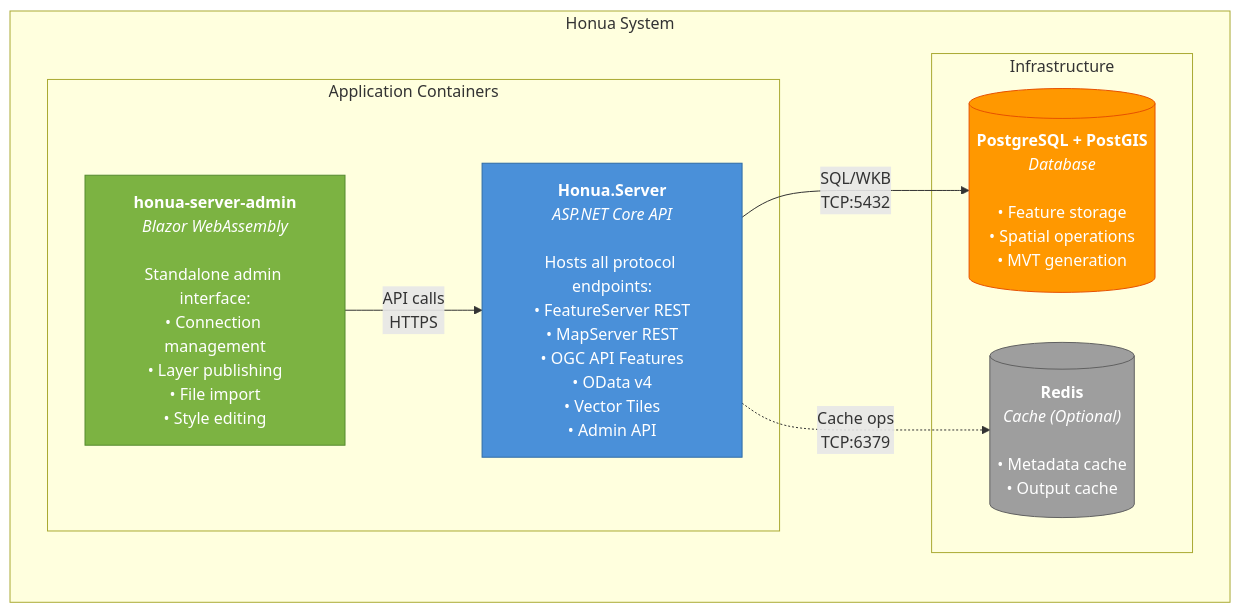
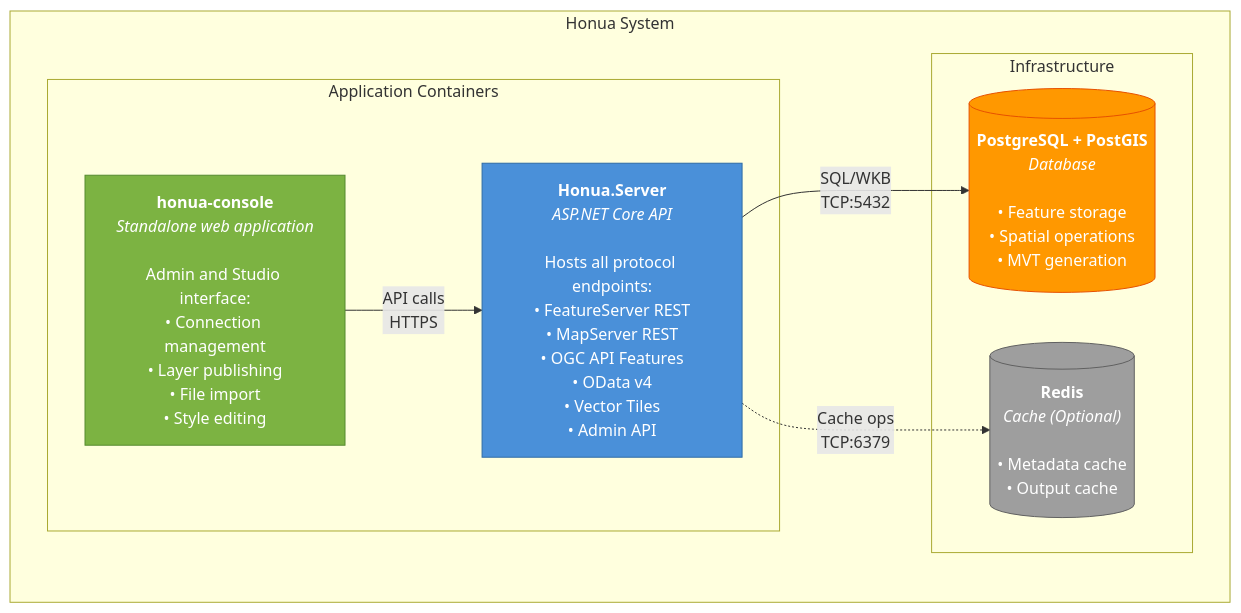
One commit to honua-io/honua-server changed the third of 12 diagrams in docs/internal/contributor/ARCHITECTURE_DIAGRAMS.md. Above: the diagram before and after it, drawn with Mermaid. The commit also changed other lines of this file and 59 other files, not shown here.

````diff
--- a/docs/internal/contributor/ARCHITECTURE_DIAGRAMS.md
+++ b/docs/internal/contributor/ARCHITECTURE_DIAGRAMS.md
@@ -81,25 +81,25 @@
 ```mermaid
 graph TB
     subgraph "Honua System"
         subgraph "Application Containers"
             Server["<b>Honua.Server</b><br/><i>ASP.NET Core API</i><br/><br/>Hosts all protocol endpoints:<br/>• FeatureServer REST<br/>• MapServer REST<br/>• OGC API Features<br/>• OData v4<br/>• Vector Tiles<br/>• Admin API"]
 
-            AdminUI["<b>honua-server-admin</b><br/><i>Blazor WebAssembly</i><br/><br/>Standalone admin interface:<br/>• Connection management<br/>• Layer publishing<br/>• File import<br/>• Style editing"]
+            AdminUI["<b>honua-console</b><br/><i>Standalone web application</i><br/><br/>Admin and Studio interface:<br/>• Connection management<br/>• Layer publishing<br/>• File import<br/>• Style editing"]
         end
 
         subgraph "Infrastructure"
             DB[("<b>PostgreSQL + PostGIS</b><br/><i>Database</i><br/><br/>• Feature storage<br/>• Spatial operations<br/>• MVT generation")]
 
             Redis[("<b>Redis</b><br/><i>Cache (Optional)</i><br/><br/>• Metadata cache<br/>• Output cache")]
         end
     end
 
     AdminUI -->|"API calls<br/>HTTPS"| Server
     Server -->|"SQL/WKB<br/>TCP:5432"| DB
     Server -.->|"Cache ops<br/>TCP:6379"| Redis
 
     style Server fill:#4A90D9,stroke:#2E6BA6,color:#fff
     style AdminUI fill:#7CB342,stroke:#558B2F,color:#fff
     style DB fill:#FF9800,stroke:#E65100,color:#fff
     style Redis fill:#9E9E9E,stroke:#616161,color:#fff
 ```
````
